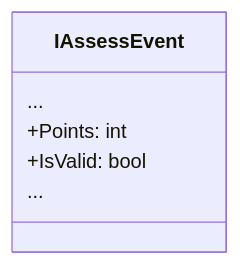
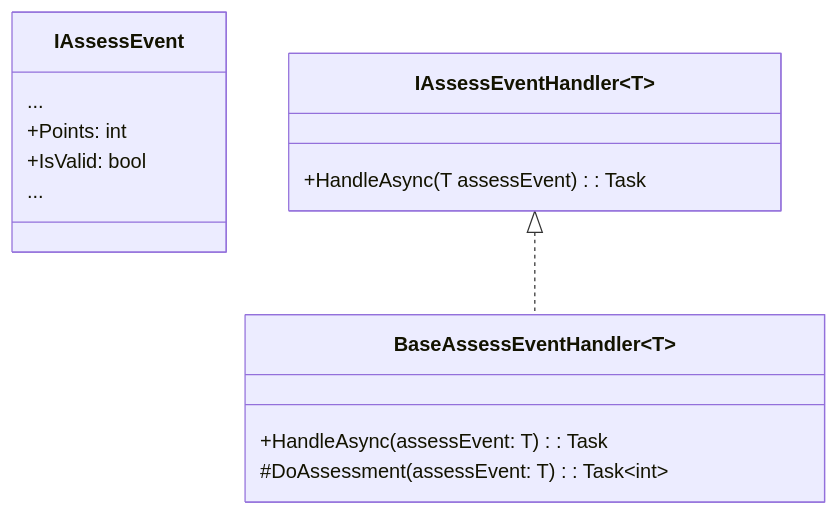
One commit to oninebx/blog changed the second of 2 diagrams in _posts/2025-10-15-decoupling-by-design-implementing-an-assessment-mechanism-with-events.md. Above: the diagram before and after it, drawn with Mermaid. The commit also changed other lines of this file, not shown here.

````diff
--- a/_posts/2025-10-15-decoupling-by-design-implementing-an-assessment-mechanism-with-events.md
+++ b/_posts/2025-10-15-decoupling-by-design-implementing-an-assessment-mechanism-with-events.md
@@ -77,26 +75,23 @@
 <div class="mermaid">
 classDiagram
     class IAssessEvent {
       ...
       +Points: int
       +IsValid: bool
       ...
     }
 
-```
 %% Interface
 class IAssessEventHandler~T~ {
     +HandleAsync(T assessEvent) : Task
 }
 
 %% Abstract class
 class BaseAssessEventHandler~T~ {
     +HandleAsync(assessEvent: T) : Task
     #DoAssessment(assessEvent: T) : Task~int~
 }
 
 %% Relationships
 IAssessEventHandler~T~ <|.. BaseAssessEventHandler~T~
-```
-
 </div>
````
